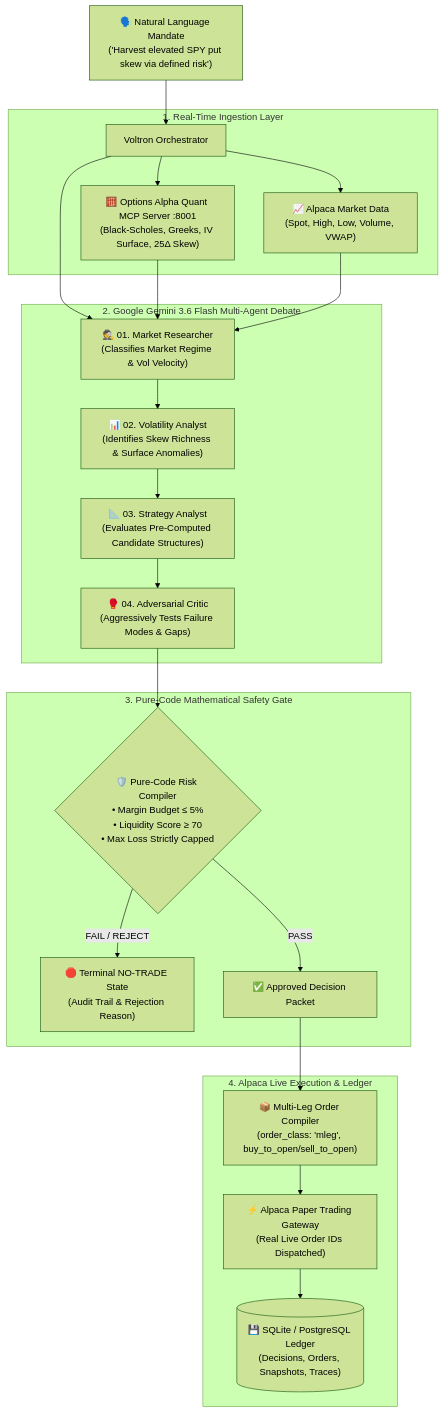
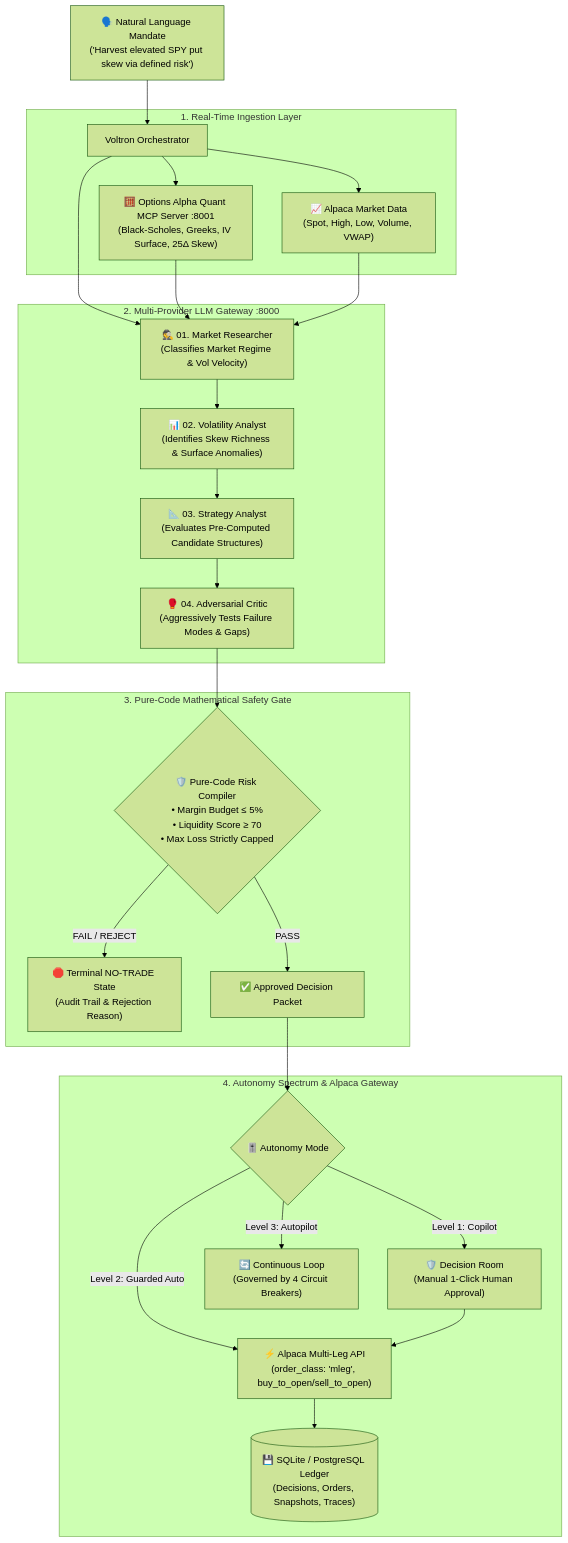
The diagram in README.md (anishraj836/AlpecaAITradathon), drawn with Mermaid (forest theme) before and after one commit. The commit also changed other lines of this file, not shown here.

Commit message:
docs: update README with Multi-Provider LLM Gateway, 3-Tier Autonomy Spectrum, Radical Transparency, and L3 Circuit Breakers

````diff
--- a/README.md
+++ b/README.md
@@ -48,31 +108,34 @@
 ```mermaid
 flowchart TD
     A["🗣️ Natural Language Mandate\n('Harvest elevated SPY put skew via defined risk')"] --> B[Voltron Orchestrator]
     
     subgraph MarketDataLayer [1. Real-Time Ingestion Layer]
         B --> C["📈 Alpaca Market Data\n(Spot, High, Low, Volume, VWAP)"]
         B --> D["🧮 Options Alpha Quant MCP Server :8001\n(Black-Scholes, Greeks, IV Surface, 25Δ Skew)"]
     end
     
-    subgraph GeminiAgentPipeline [2. Google Gemini 3.6 Flash Multi-Agent Debate]
+    subgraph LLMGateway [2. Multi-Provider LLM Gateway :8000]
         E["🕵️ 01. Market Researcher\n(Classifies Market Regime & Vol Velocity)"] --> F["📊 02. Volatility Analyst\n(Identifies Skew Richness & Surface Anomalies)"]
         F --> G["📐 03. Strategy Analyst\n(Evaluates Pre-Computed Candidate Structures)"]
         G --> H["🥊 04. Adversarial Critic\n(Aggressively Tests Failure Modes & Gaps)"]
     end
     
     subgraph DeterministicGate [3. Pure-Code Mathematical Safety Gate]
         H --> I{"🛡️ Pure-Code Risk Compiler\n• Margin Budget ≤ 5%\n• Liquidity Score ≥ 70\n• Max Loss Strictly Capped"}
         I -- FAIL / REJECT --> K["🛑 Terminal NO-TRADE State\n(Audit Trail & Rejection Reason)"]
         I -- PASS --> J["✅ Approved Decision Packet"]
     end
     
-    subgraph ExecutionLayer [4. Alpaca Live Execution & Ledger]
-        J --> L["📦 Multi-Leg Order Compiler\n(order_class: 'mleg', buy_to_open/sell_to_open)"]
-        L --> M["⚡ Alpaca Paper Trading Gateway\n(Real Live Order IDs Dispatched)"]
-        M --> N[("💾 SQLite / PostgreSQL Ledger\n(Decisions, Orders, Snapshots, Traces)")]
+    subgraph ExecutionLayer [4. Autonomy Spectrum & Alpaca Gateway]
+        J --> L{"🎚️ Autonomy Mode"}
+        L -- Level 1: Copilot --> M["🛡️ Decision Room\n(Manual 1-Click Human Approval)"]
+        L -- Level 2: Guarded Auto --> N["⚡ Alpaca Multi-Leg API\n(order_class: 'mleg', buy_to_open/sell_to_open)"]
+        L -- Level 3: Autopilot --> O["🔄 Continuous Loop\n(Governed by 4 Circuit Breakers)"]
+        M --> N
+        N --> P[("💾 SQLite / PostgreSQL Ledger\n(Decisions, Orders, Snapshots, Traces)")]
     end
     
     B --> E
     D --> E
     C --> E
 ```
````
